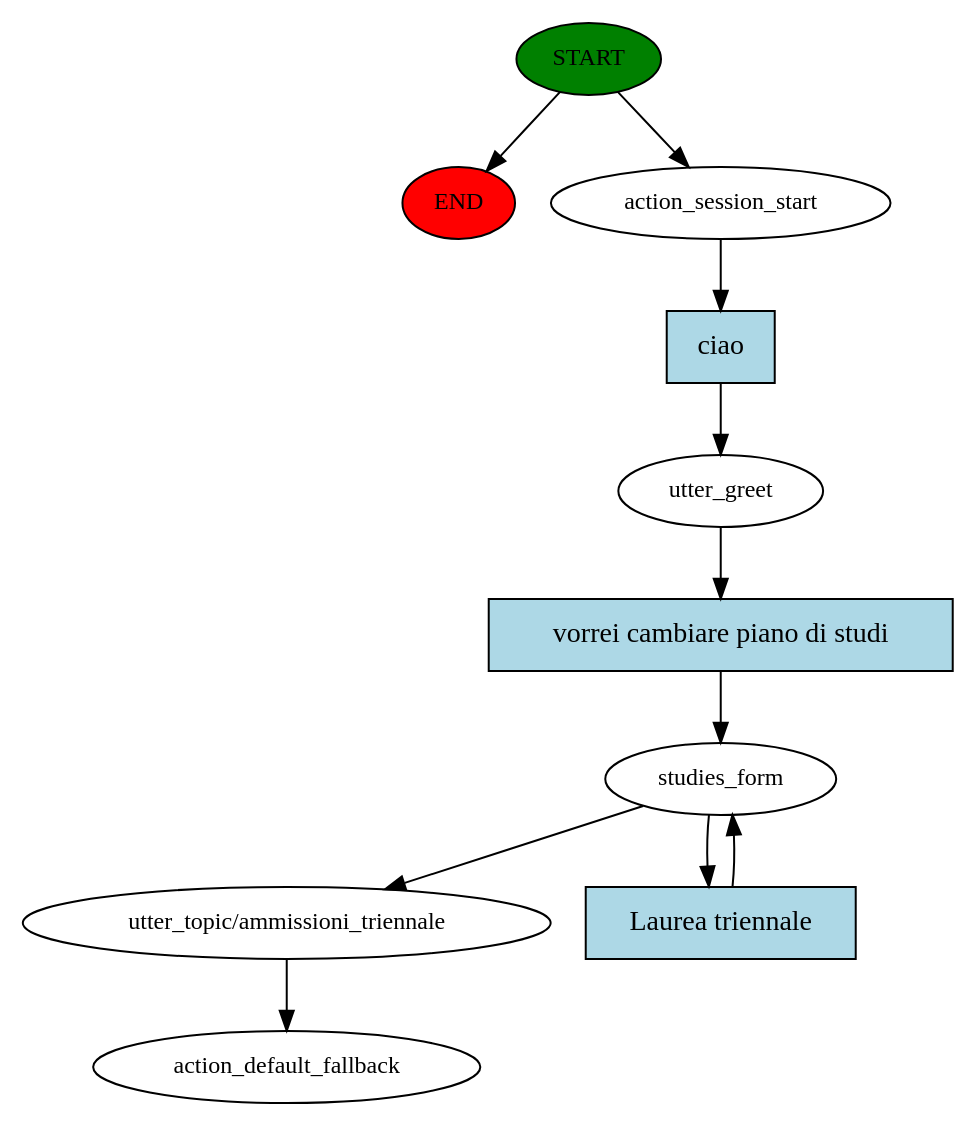
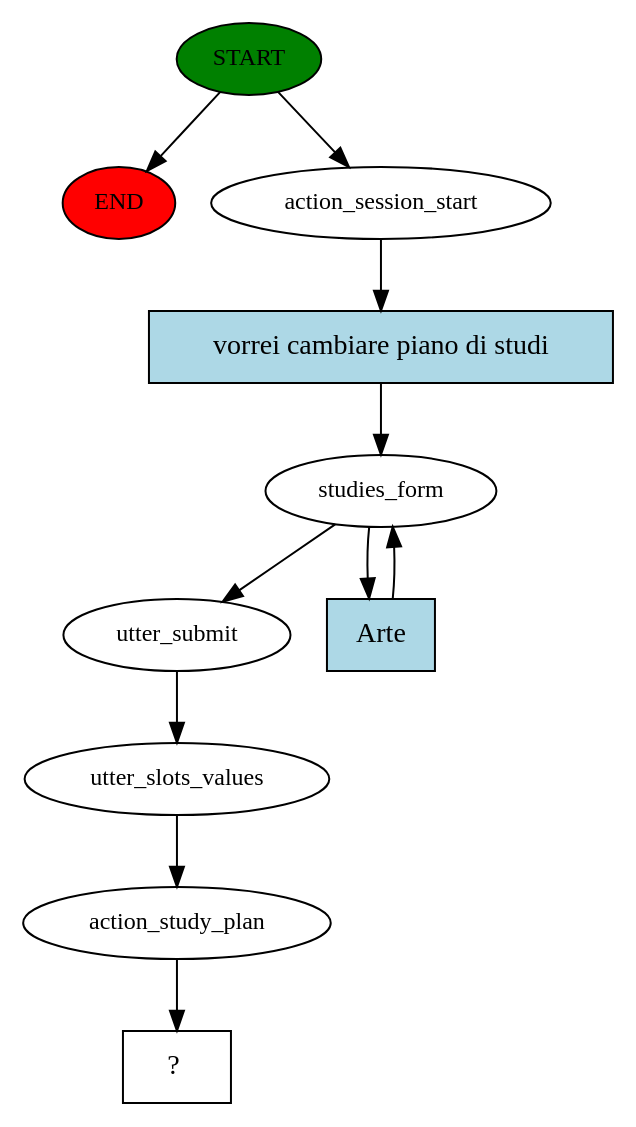
Before and after one commit to dadebulba/rasa-bot: the diagram in story_graph.dot, drawn with Graphviz. The commit also changed 7 other files, not shown here.

Commit message:
added stories for admissions and study plan change

```diff
--- a/story_graph.dot
+++ b/story_graph.dot
@@ -1,22 +1,22 @@
 digraph  {
 0 [class="start active", fillcolor=green, fontsize=12, label=START, style=filled];
 "-1" [class=end, fillcolor=red, fontsize=12, label=END, style=filled];
 1 [class=active, fontsize=12, label=action_session_start];
-2 [class=active, fontsize=12, label=utter_greet];
-3 [class=active, fontsize=12, label=studies_form];
-5 [class=active, fontsize=12, label="utter_topic/ammissioni_triennale"];
-6 [class="dashed active", fontsize=12, label=action_default_fallback];
-7 [class="intent active", fillcolor=lightblue, label=ciao, shape=rect, style=filled];
-8 [class="intent active", fillcolor=lightblue, label="vorrei cambiare piano di studi", shape=rect, style=filled];
-9 [class="intent active", fillcolor=lightblue, label="Laurea triennale", shape=rect, style=filled];
+2 [class=active, fontsize=12, label=studies_form];
+5 [class=active, fontsize=12, label=utter_submit];
+6 [class=active, fontsize=12, label=utter_slots_values];
+7 [class=active, fontsize=12, label=action_study_plan];
+8 [class="intent dashed active", label="  ?  ", shape=rect];
+9 [class="intent active", fillcolor=lightblue, label="vorrei cambiare piano di studi", shape=rect, style=filled];
+10 [class="intent active", fillcolor=lightblue, label=Arte, shape=rect, style=filled];
 0 -> "-1"  [class="", key=NONE, label=""];
 0 -> 1  [class=active, key=NONE, label=""];
-1 -> 7  [class=active, key=0];
-2 -> 8  [class=active, key=0];
-3 -> 5  [class=active, key=NONE, label=""];
-3 -> 9  [class=active, key=0];
+1 -> 9  [class=active, key=0];
+2 -> 5  [class=active, key=NONE, label=""];
+2 -> 10  [class=active, key=0];
 5 -> 6  [class=active, key=NONE, label=""];
-7 -> 2  [class=active, key=0];
-8 -> 3  [class=active, key=0];
-9 -> 3  [class=active, key=0];
+6 -> 7  [class=active, key=NONE, label=""];
+7 -> 8  [class=active, key=NONE, label=""];
+9 -> 2  [class=active, key=0];
+10 -> 2  [class=active, key=0];
 }
```
